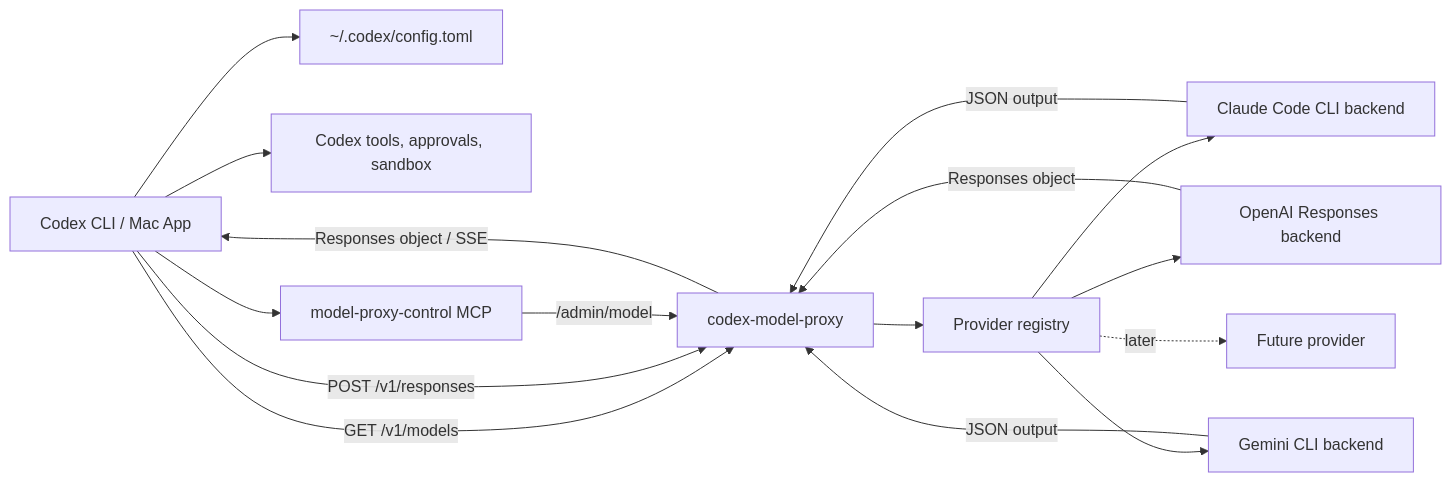
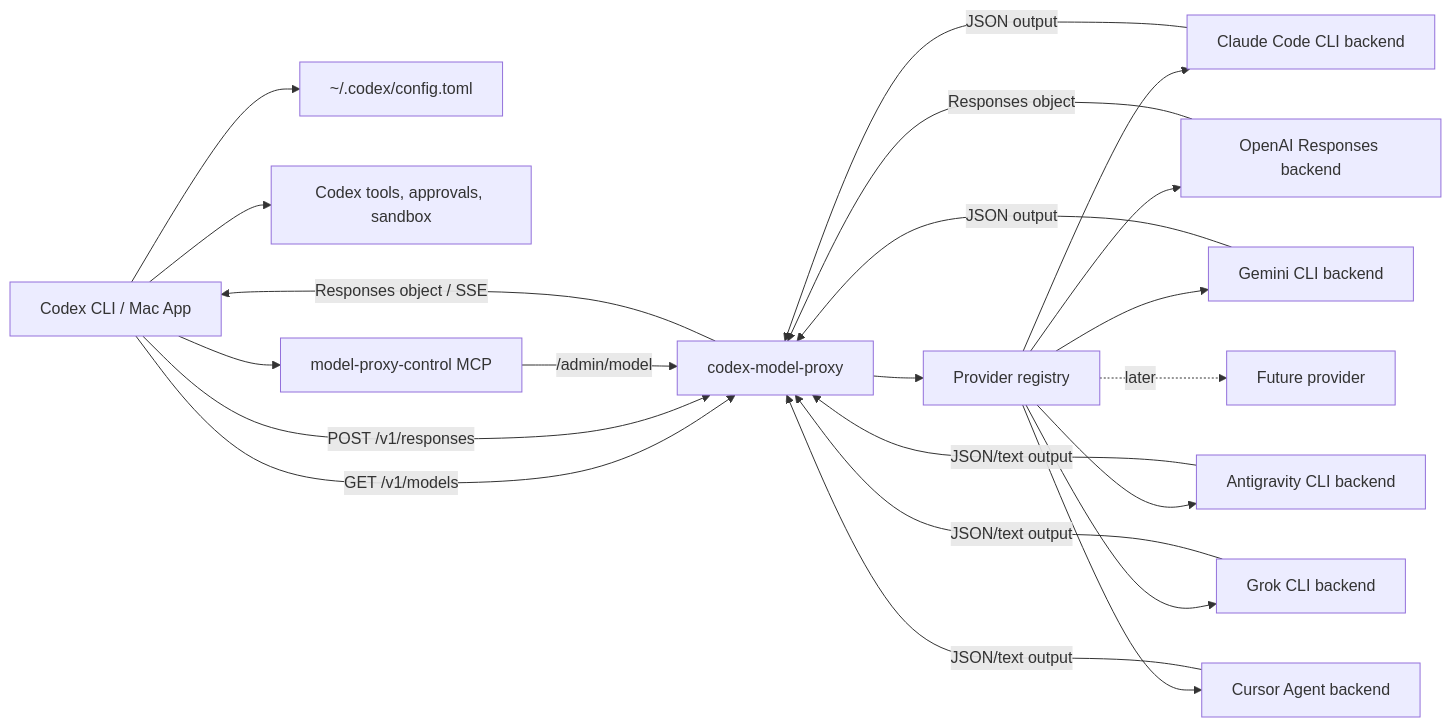
Before and after one commit to michaelboeding/codex-model-proxy: the diagram in README.md, drawn with Mermaid. The commit also changed other lines of this file, not shown here.

Commit message:
Make README setup flow friendlier

````diff
--- a/README.md
+++ b/README.md
@@ -223,29 +219,38 @@
 ```mermaid
 flowchart LR
   Codex["Codex CLI / Mac App"]
   Config["~/.codex/config.toml"]
   Proxy["codex-model-proxy"]
   Registry["Provider registry"]
   Claude["Claude Code CLI backend"]
   OpenAI["OpenAI Responses backend"]
   Gemini["Gemini CLI backend"]
+  Antigravity["Antigravity CLI backend"]
+  Grok["Grok CLI backend"]
+  Cursor["Cursor Agent backend"]
   Future["Future provider"]
   Tools["Codex tools, approvals, sandbox"]
   Mcp["model-proxy-control MCP"]
 
   Codex --> Config
   Codex -->|GET /v1/models| Proxy
   Codex -->|POST /v1/responses| Proxy
   Proxy --> Registry
   Registry --> Claude
   Registry --> OpenAI
   Registry --> Gemini
+  Registry --> Antigravity
+  Registry --> Grok
+  Registry --> Cursor
   Registry -. later .-> Future
   Claude -->|JSON output| Proxy
   OpenAI -->|Responses object| Proxy
   Gemini -->|JSON output| Proxy
+  Antigravity -->|JSON/text output| Proxy
+  Grok -->|JSON/text output| Proxy
+  Cursor -->|JSON/text output| Proxy
   Proxy -->|Responses object / SSE| Codex
   Codex --> Tools
   Codex --> Mcp
   Mcp -->|/admin/model| Proxy
 ```
````
